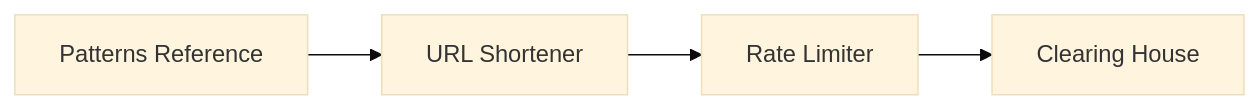
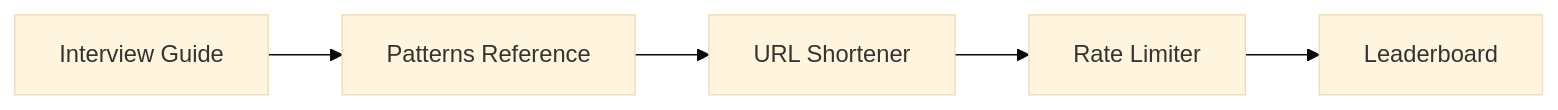
The second of 5 diagrams in README.md (bindian0509/system-design), drawn with Mermaid (base theme) before and after one commit. The commit also changed other lines of this file, not shown here.

Commit message:
docs: Update README with new projects - leaderboard, collaborative-editor, issue-tracker, jwt-auth, products-api, system-design-interview-guide

````diff
--- a/README.md
+++ b/README.md
@@ -236,6 +307,7 @@
 ```mermaid
 flowchart LR
-    A[Patterns Reference] --> B[URL Shortener]
-    B --> C[Rate Limiter]
-    C --> D[Clearing House]
+    A[Interview Guide] --> B[Patterns Reference]
+    B --> C[URL Shortener]
+    C --> D[Rate Limiter]
+    D --> E[Leaderboard]
 ```
````
